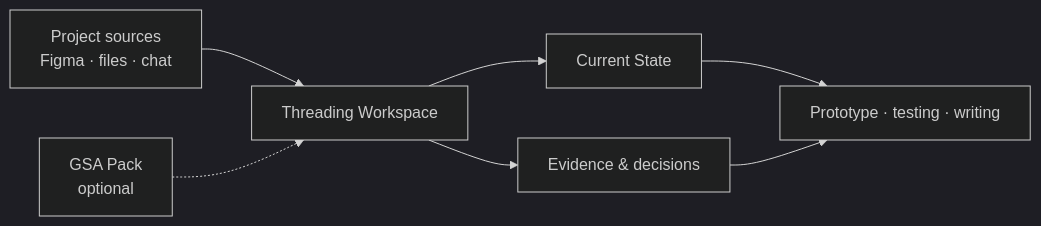
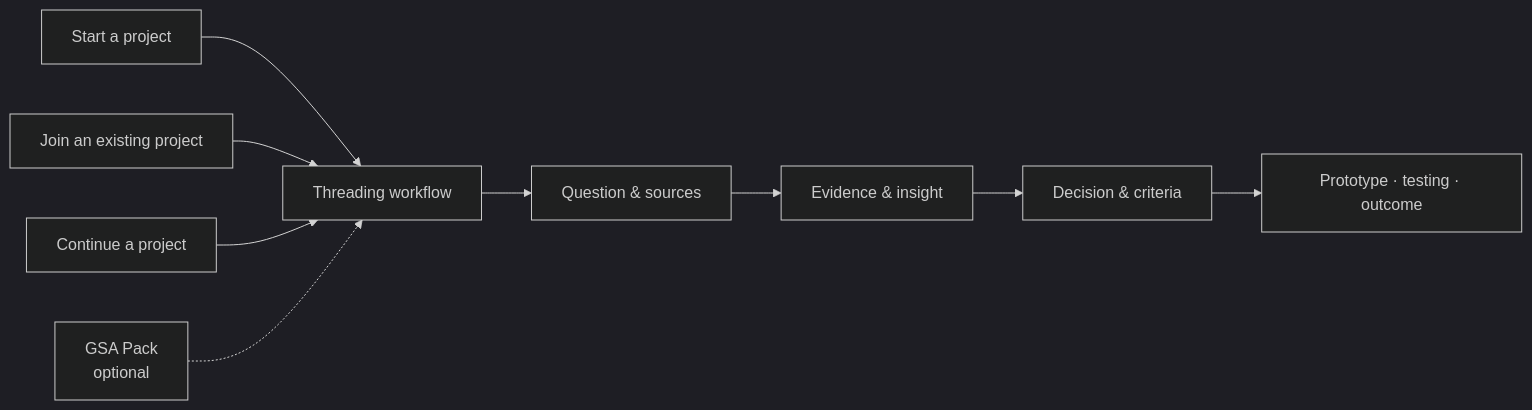
Before and after one commit to 51younglowkey/Threading: the diagram in README.en.md, drawn with Mermaid (dark theme). The commit also changed other lines of this file and 12 other files, not shown here.

Commit message:
Define Threading as a Research and Design workflow

````diff
--- a/README.en.md
+++ b/README.en.md
@@ -15,9 +15,11 @@
 ```mermaid
 flowchart LR
-    A[Project sources<br/>Figma · files · chat] --> B[Threading Workspace]
-    B --> C[Current State]
-    B --> D[Evidence & decisions]
-    C --> E[Prototype · testing · writing]
-    D --> E
+    A[Start a project] --> B[Threading workflow]
+    A2[Join an existing project] --> B
+    A3[Continue a project] --> B
+    B --> C[Question & sources]
+    C --> D[Evidence & insight]
+    D --> E[Decision & criteria]
+    E --> F[Prototype · testing · outcome]
     G[GSA Pack<br/>optional] -.-> B
 ```
````
